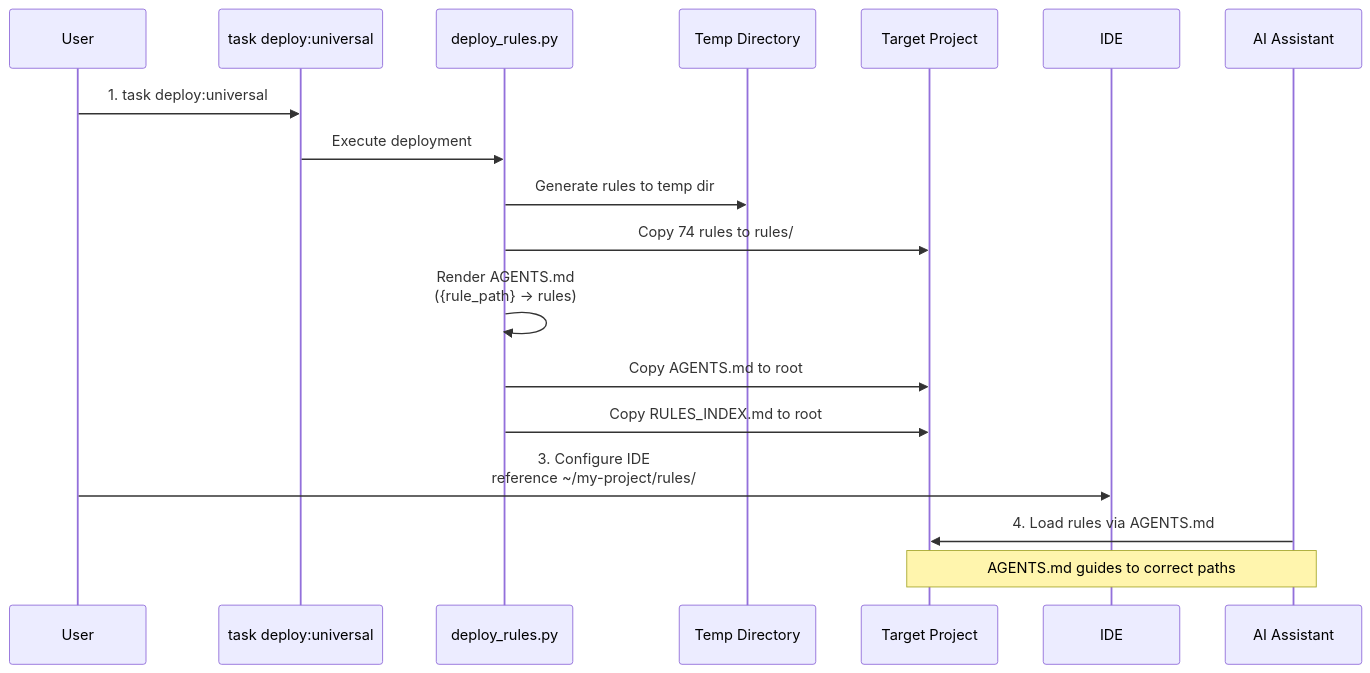
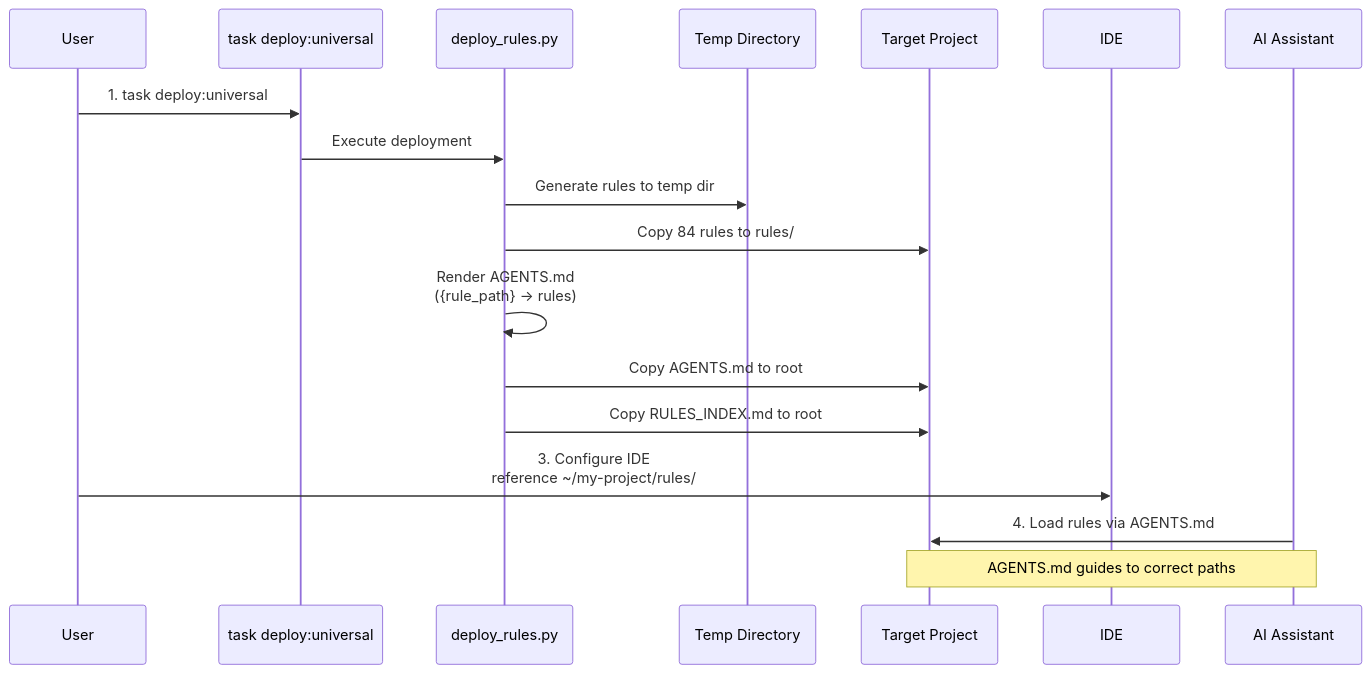
Before and after one commit to sfc-gh-myoung/ai_coding_rules: the third of 5 diagrams in docs/ARCHITECTURE.md, drawn with Mermaid. The commit also changed other lines of this file and 28 other files, not shown here.

````diff
--- a/docs/ARCHITECTURE.md
+++ b/docs/ARCHITECTURE.md
@@ -389,21 +390,21 @@
 ```mermaid
 sequenceDiagram
     participant User
     participant Task as task deploy:universal
     participant Deploy as deploy_rules.py
     participant Temp as Temp Directory
     participant Target as Target Project
     participant IDE
     participant AI as AI Assistant
 
     User->>Task: 1. task deploy:universal
     Task->>Deploy: Execute deployment
     Deploy->>Temp: Generate rules to temp dir
-    Deploy->>Target: Copy 74 rules to rules/
+    Deploy->>Target: Copy 84 rules to rules/
     Deploy->>Deploy: Render AGENTS.md<br/>({rule_path} → rules)
     Deploy->>Target: Copy AGENTS.md to root
     Deploy->>Target: Copy RULES_INDEX.md to root
     User->>IDE: 3. Configure IDE<br/>reference ~/my-project/rules/
     AI->>Target: 4. Load rules via AGENTS.md
     Note over AI,Target: AGENTS.md guides to correct paths
 ```
````
